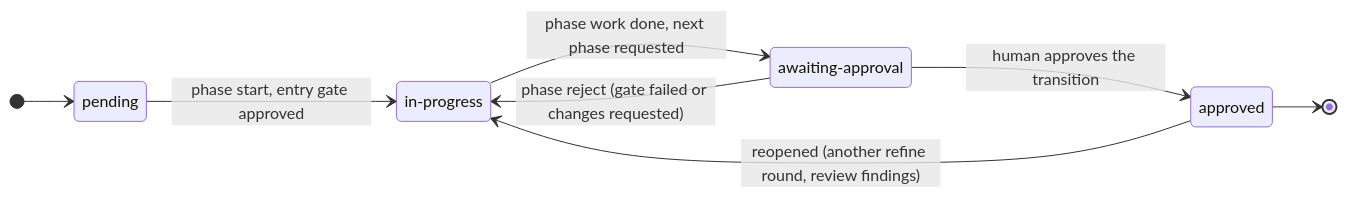
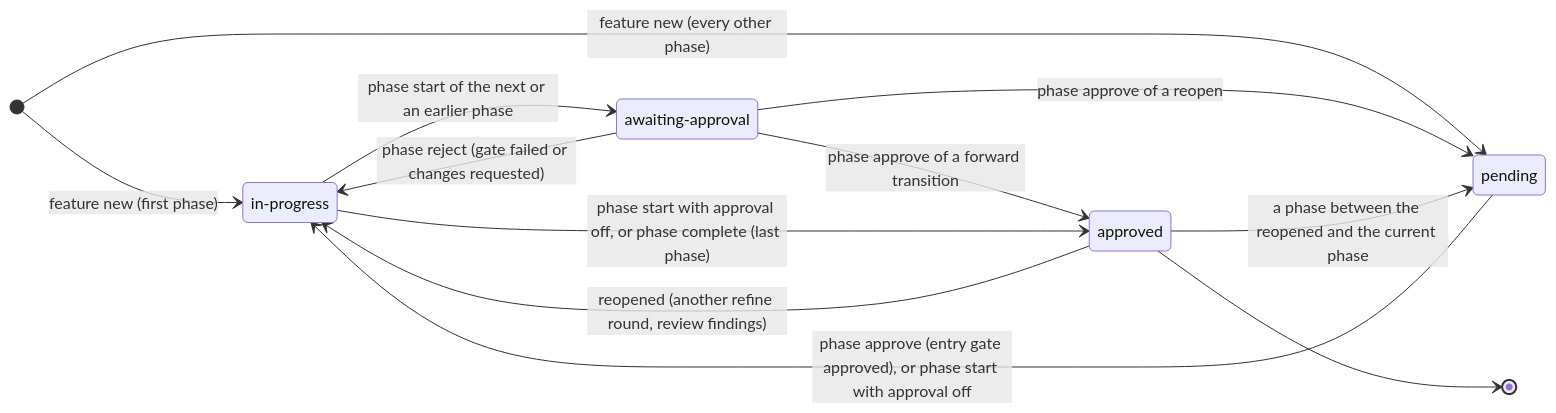
One commit to CreativeCodersTeam/shade-kit changed the third of 4 diagrams in research/shade-kit-concept.md. Above: the diagram before and after it, drawn with Mermaid. The commit also changed other lines of this file and 181 other files, not shown here.

First line of the commit message:
Phase engine for managing feature phases (#12)

````diff
--- a/research/shade-kit-concept.md
+++ b/research/shade-kit-concept.md
@@ -454,14 +454,18 @@
 ```mermaid
 stateDiagram-v2
     direction LR
-    [*] --> pending
-    pending --> in_progress: phase start, entry gate approved
-    in_progress --> awaiting_approval: phase work done, next phase requested
+    [*] --> in_progress: feature new (first phase)
+    [*] --> pending: feature new (every other phase)
+    pending --> in_progress: phase approve (entry gate approved), or phase start with approval off
+    in_progress --> awaiting_approval: phase start of the next or an earlier phase
     awaiting_approval --> in_progress: phase reject (gate failed or changes requested)
-    awaiting_approval --> approved: human approves the transition
+    awaiting_approval --> approved: phase approve of a forward transition
+    awaiting_approval --> pending: phase approve of a reopen
+    in_progress --> approved: phase start with approval off, or phase complete (last phase)
     approved --> in_progress: reopened (another refine round, review findings)
+    approved --> pending: a phase between the reopened and the current phase
     approved --> [*]
 
     in_progress: in-progress
     awaiting_approval: awaiting-approval
 ```
````
